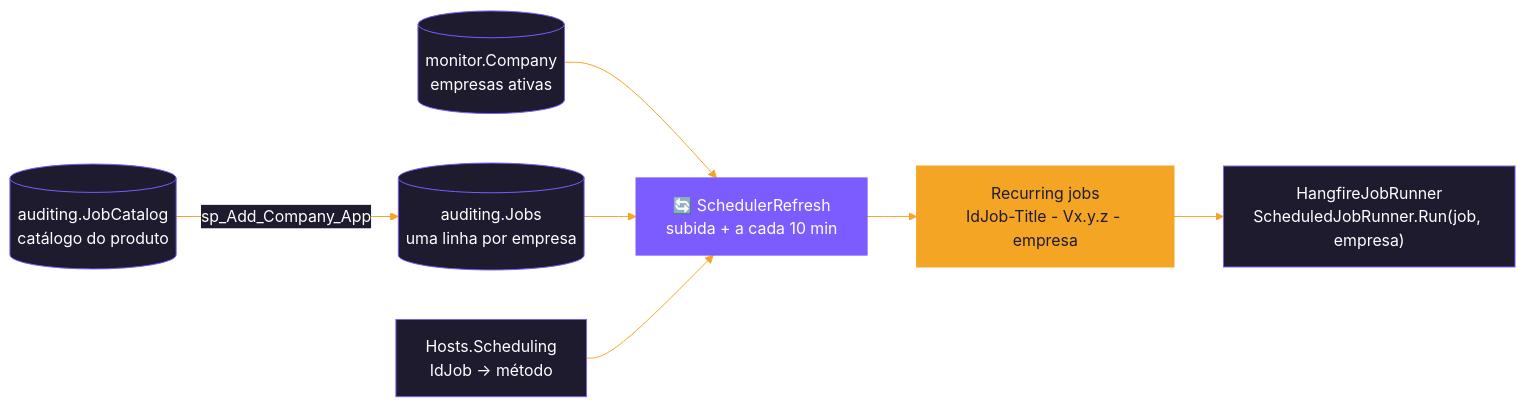
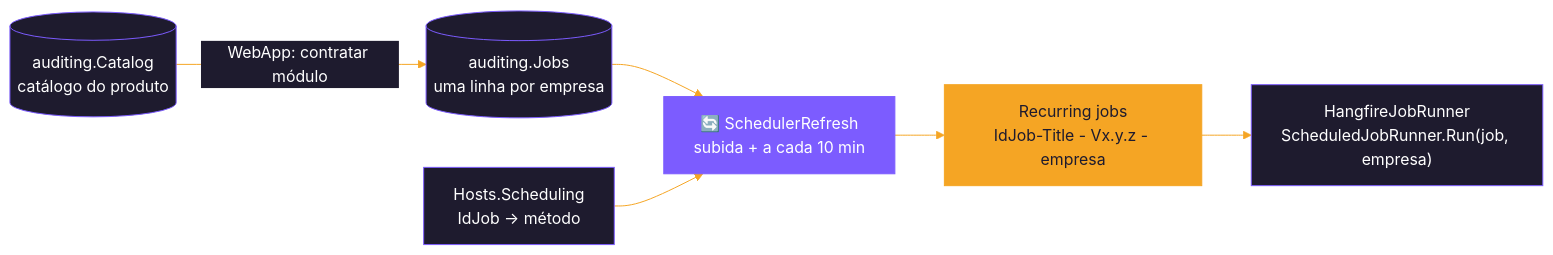
Before and after one commit to cayo-kume/extract-transform-load-integrations-system: the third of 4 diagrams in src/Backend/Hosts/WebApi/README.md, drawn with Mermaid. The commit also changed other lines of this file and 121 other files, not shown here.

First line of the commit message:
WebApp: login em monitor.Users, cadastro de holdings, empresas e usuários e Aplicações com o catálogo

````diff
--- a/src/Backend/Hosts/WebApi/README.md
+++ b/src/Backend/Hosts/WebApi/README.md
@@ -313,15 +332,14 @@
 ```mermaid
 %%{init: {'theme':'base','themeVariables':{'primaryColor':'#1e1b2e','primaryTextColor':'#ffffff','primaryBorderColor':'#7c5cff','lineColor':'#f5a524','textColor':'#1e1b2e','clusterBkg':'#f5f3ff','clusterBorder':'#7c5cff','titleColor':'#1e1b2e','edgeLabelBackground':'#1e1b2e'}}}%%
 flowchart LR
-    CAT[("auditing.JobCatalog<br/>catálogo do produto")] -- "sp_Add_Company_App" --> JOBS[("auditing.Jobs<br/>uma linha por empresa")]
-    COMP[("monitor.Company<br/>empresas ativas")] --> REF
+    CAT[("auditing.Catalog<br/>catálogo do produto")] -- "WebApp: contratar módulo" --> JOBS[("auditing.Jobs<br/>uma linha por empresa")]
     JOBS --> REF["🔄 SchedulerRefresh<br/>subida + a cada 10 min"]
     MAP["Hosts.Scheduling<br/>IdJob → método"] --> REF
     REF --> RJ["Recurring jobs<br/>IdJob-Title - Vx.y.z - empresa"]
     RJ --> RUN["HangfireJobRunner<br/>ScheduledJobRunner.Run(job, empresa)"]
 
     classDef accent fill:#7c5cff,stroke:#7c5cff,color:#ffffff
     classDef warm fill:#f5a524,stroke:#f5a524,color:#1e1b2e
     class REF accent
     class RJ warm
 ```
````
